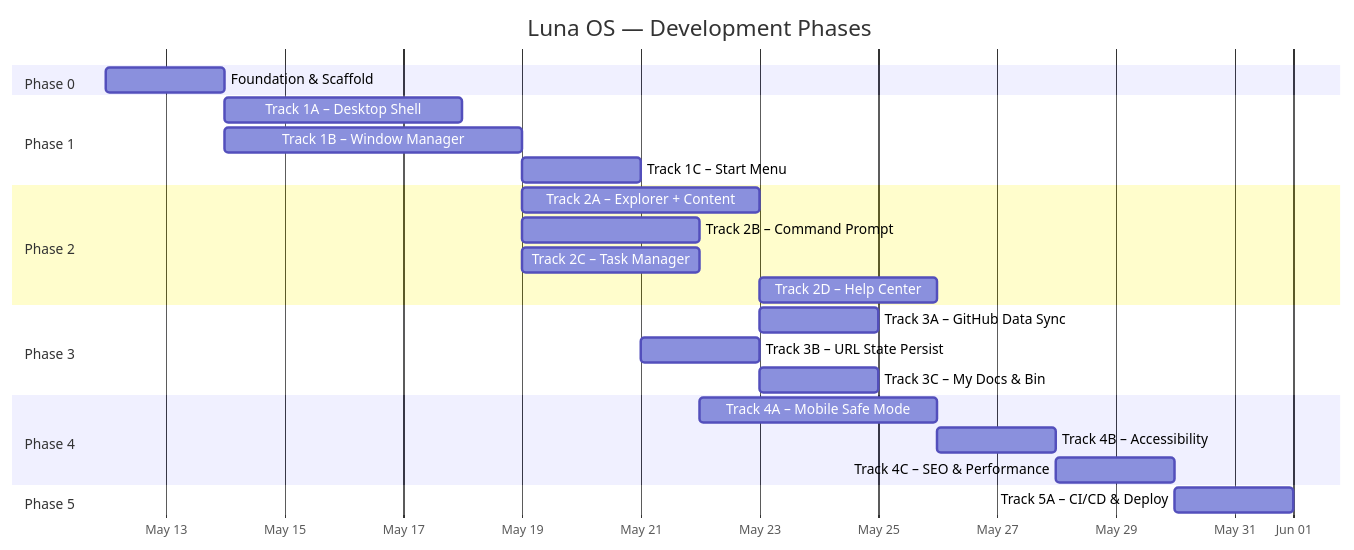
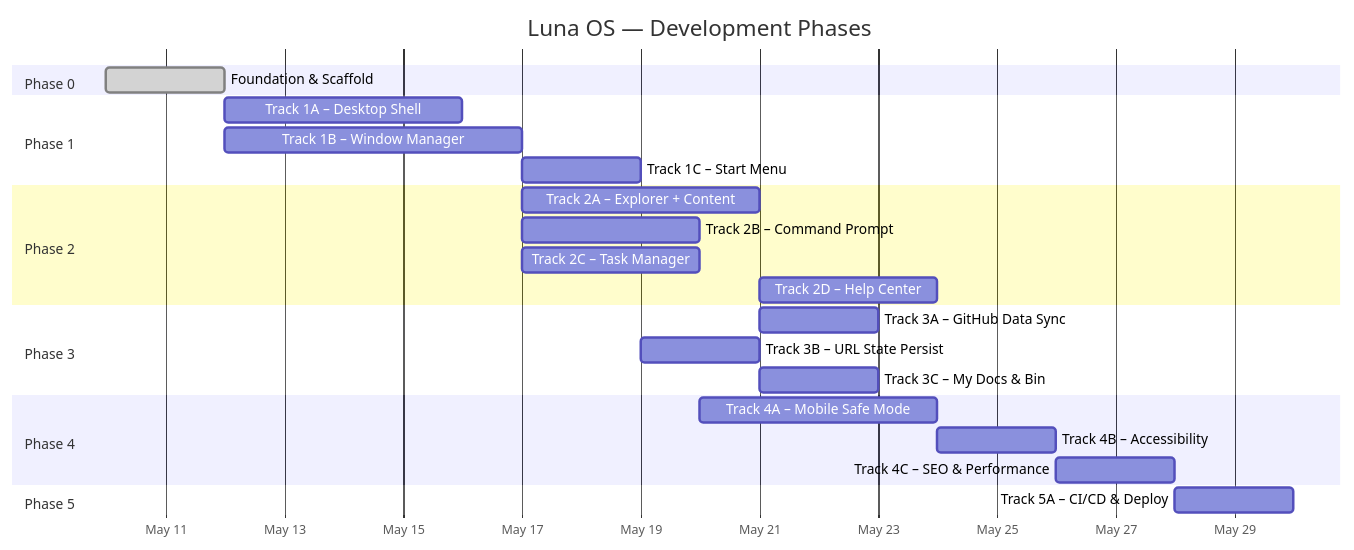
One commit to mansyar/portfolio-v3 changed the first of 2 diagrams in docs/ROADMAP.md. Above: the diagram before and after it, drawn with Mermaid. The commit also changed other lines of this file, not shown here.

Commit message:
docs(conductor): Update ROADMAP with Phase 0 completion status

````diff
--- a/docs/ROADMAP.md
+++ b/docs/ROADMAP.md
@@ -11,33 +11,33 @@
 ```mermaid
 gantt
     title Luna OS — Development Phases
     dateFormat  YYYY-MM-DD
     axisFormat  %b %d
 
     section Phase 0
-    Foundation & Scaffold         :p0, 2026-05-12, 2d
+    Foundation & Scaffold         :done, p0, 2026-05-10, 2d
 
     section Phase 1
     Track 1A – Desktop Shell      :p1a, after p0, 4d
     Track 1B – Window Manager     :p1b, after p0, 5d
     Track 1C – Start Menu         :p1c, after p1b, 2d
 
     section Phase 2
     Track 2A – Explorer + Content :p2a, after p1b, 4d
     Track 2B – Command Prompt     :p2b, after p1b, 3d
     Track 2C – Task Manager       :p2c, after p1b, 3d
     Track 2D – Help Center        :p2d, after p2a, 3d
 
     section Phase 3
     Track 3A – GitHub Data Sync   :p3a, after p2a, 2d
     Track 3B – URL State Persist  :p3b, after p1c, 2d
     Track 3C – My Docs & Bin      :p3c, after p2a, 2d
 
     section Phase 4
     Track 4A – Mobile Safe Mode   :p4a, after p2b, 4d
     Track 4B – Accessibility      :p4b, after p4a, 2d
     Track 4C – SEO & Performance  :p4c, after p4b, 2d
 
     section Phase 5
     Track 5A – CI/CD & Deploy     :p5a, after p4c, 2d
 ```
````
